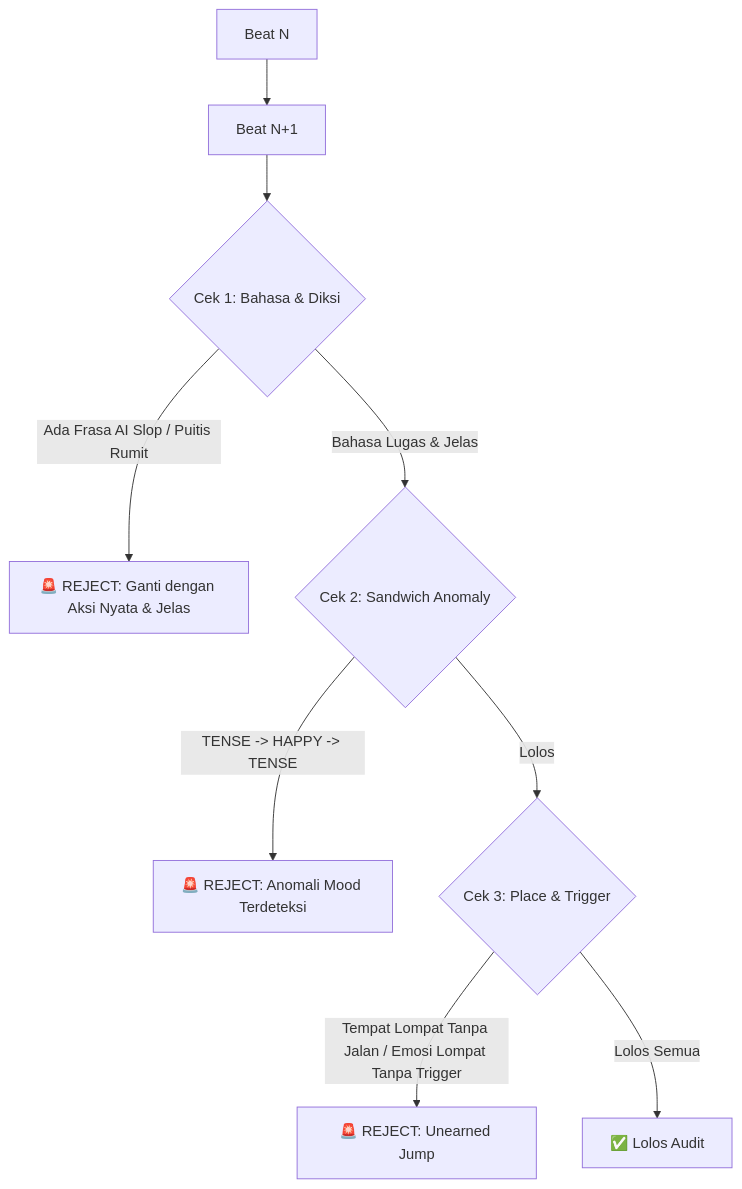
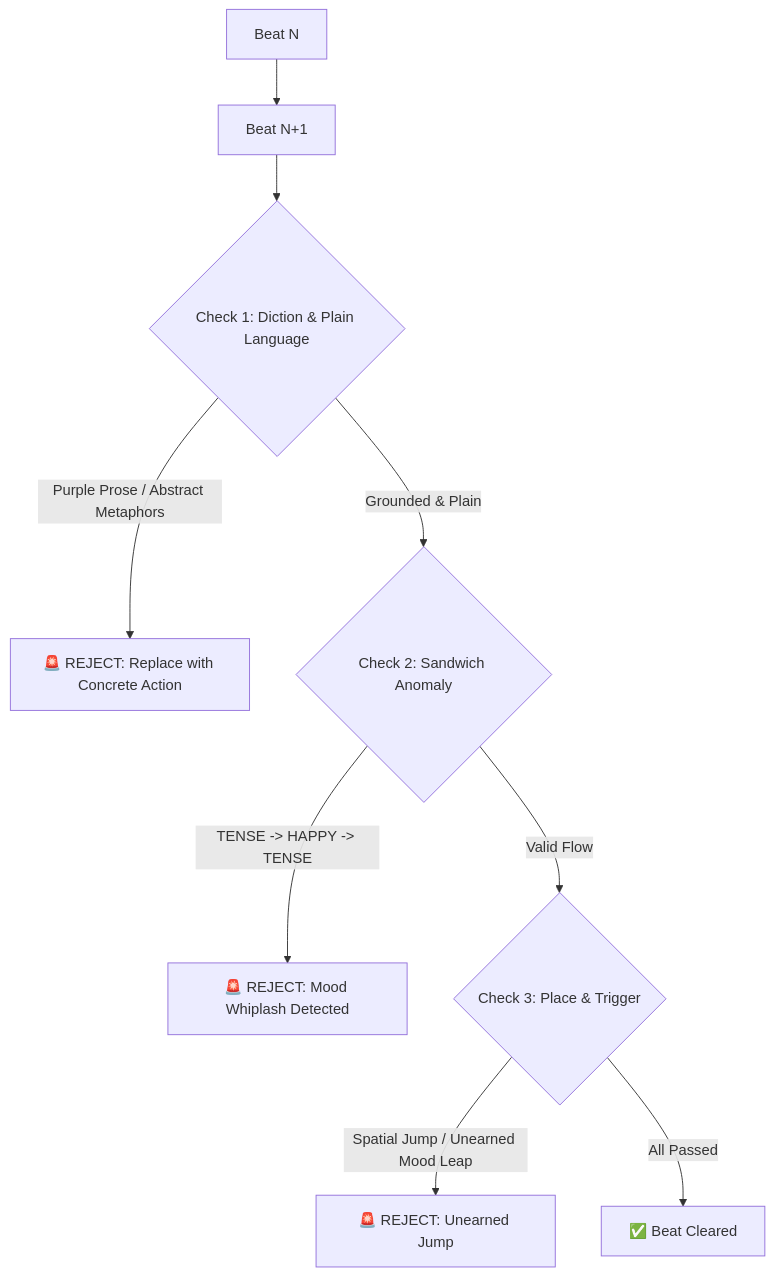
The diagram in logline_skill_framework/LOGLINE_SYSTEM.md (dwianggororeal/detailed-novel-agent-skill), drawn with Mermaid before and after one commit. The commit also changed other lines of this file and 57 other files, not shown here.

````diff
--- a/logline_skill_framework/LOGLINE_SYSTEM.md
+++ b/logline_skill_framework/LOGLINE_SYSTEM.md
@@ -82,11 +74,11 @@
 ```mermaid
 graph TD
     A[Beat N] --> B[Beat N+1]
-    B --> C{Cek 1: Bahasa & Diksi}
-    C -->|Ada Frasa AI Slop / Puitis Rumit| D[🚨 REJECT: Ganti dengan Aksi Nyata & Jelas]
-    C -->|Bahasa Lugas & Jelas| E{Cek 2: Sandwich Anomaly}
-    E -->|TENSE -> HAPPY -> TENSE| F[🚨 REJECT: Anomali Mood Terdeteksi]
-    E -->|Lolos| G{Cek 3: Place & Trigger}
-    G -->|Tempat Lompat Tanpa Jalan / Emosi Lompat Tanpa Trigger| H[🚨 REJECT: Unearned Jump]
-    G -->|Lolos Semua| I[✅ Lolos Audit]
+    B --> C{Check 1: Diction & Plain Language}
+    C -->|Purple Prose / Abstract Metaphors| D[🚨 REJECT: Replace with Concrete Action]
+    C -->|Grounded & Plain| E{Check 2: Sandwich Anomaly}
+    E -->|TENSE -> HAPPY -> TENSE| F[🚨 REJECT: Mood Whiplash Detected]
+    E -->|Valid Flow| G{Check 3: Place & Trigger}
+    G -->|Spatial Jump / Unearned Mood Leap| H[🚨 REJECT: Unearned Jump]
+    G -->|All Passed| I[✅ Beat Cleared]
 ```
````
